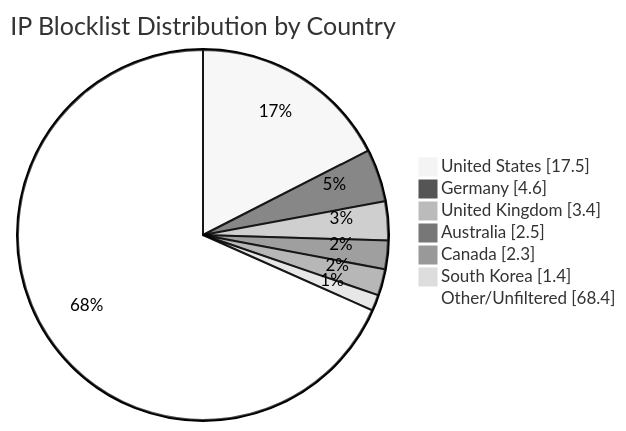
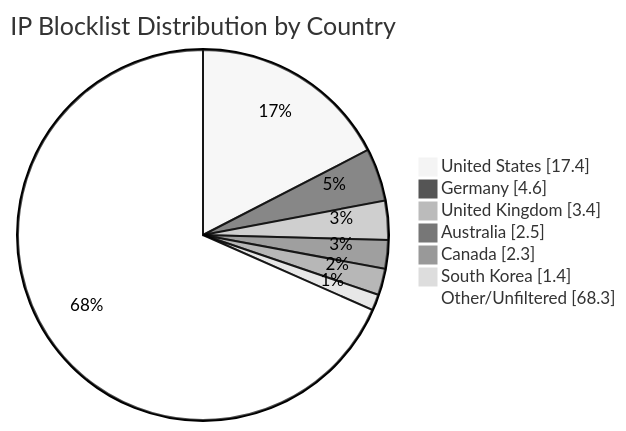
Before and after one commit to MarcusHoltz/ipblocklist-geofiltered-aggregator: the diagram in README.md, drawn with Mermaid (neutral theme). The commit also changed other lines of this file and 9 other files, not shown here.

````diff
--- a/README.md
+++ b/README.md
@@ -34,10 +34,10 @@
 ```mermaid
 pie showData title IP Blocklist Distribution by Country
-"United States" : 17.5
+"United States" : 17.4
 "Germany" : 4.6
 "United Kingdom" : 3.4
 "Australia" : 2.5
 "Canada" : 2.3
 "South Korea" : 1.4
-"Other/Unfiltered" : 68.4
+"Other/Unfiltered" : 68.3
 ```
````
